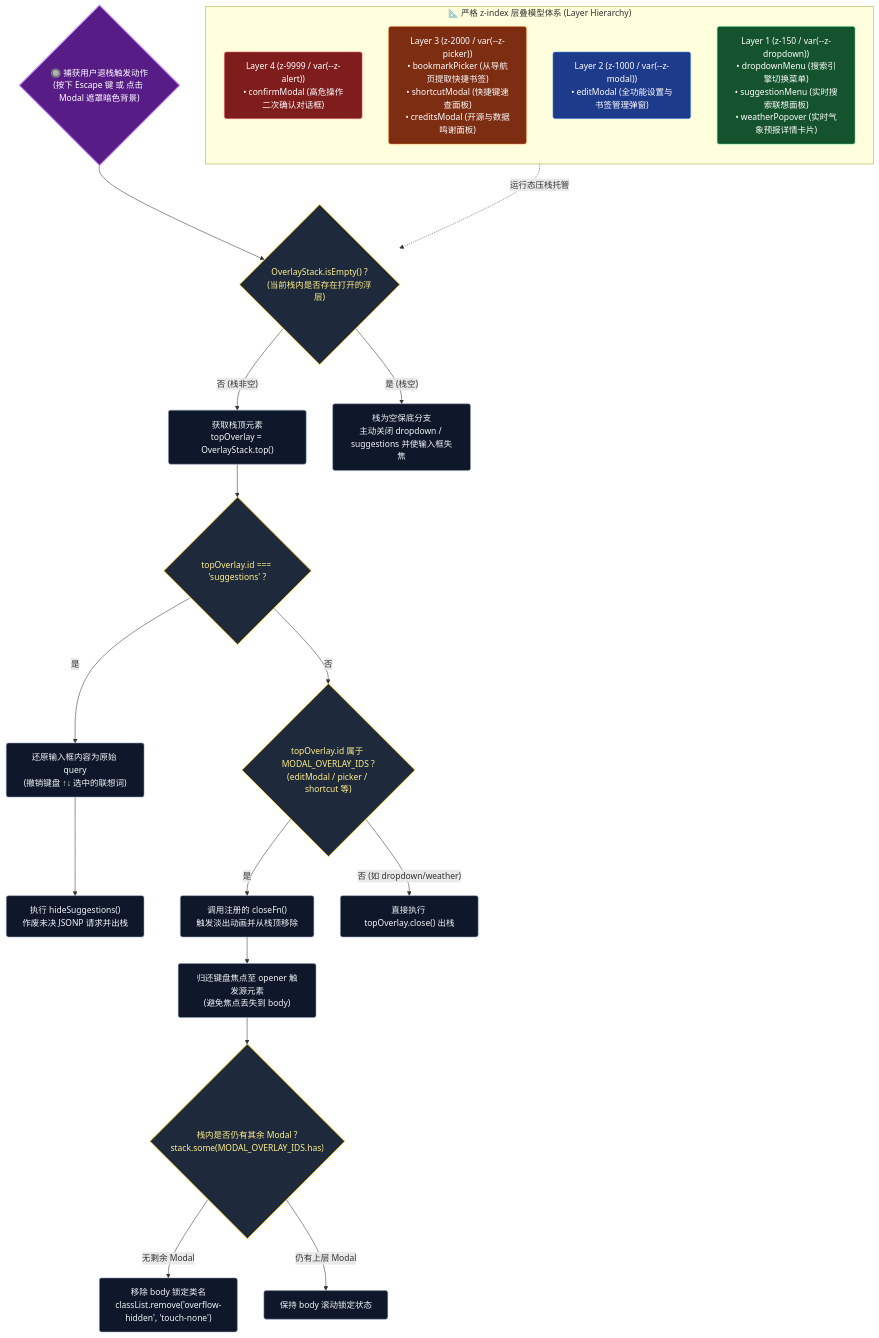
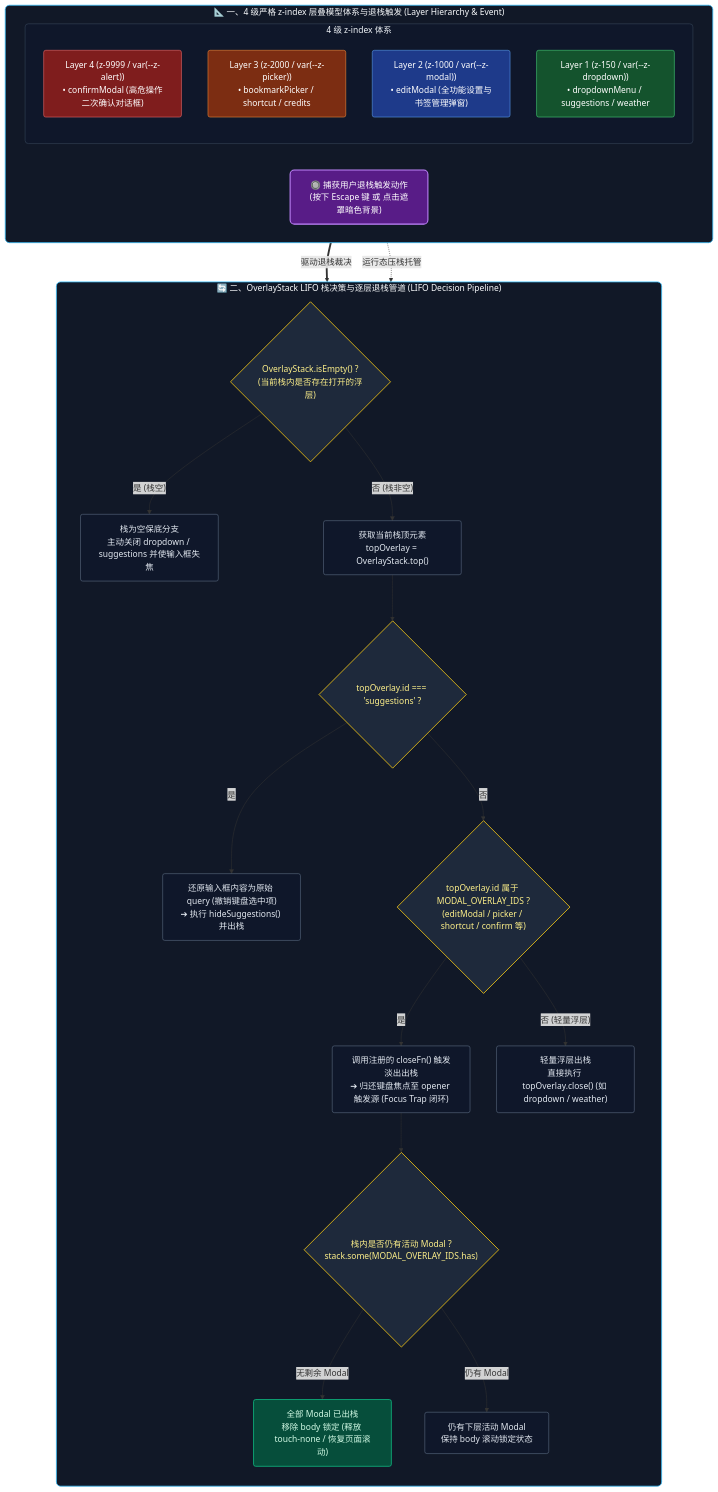
Before and after one commit to leosdcn/glass-start: the third of 5 diagrams in ARCHITECTURE.md, drawn with Mermaid. The commit also changed other lines of this file and 6 other files, not shown here.

First line of the commit message:
docs: optimize ARCHITECTURE diagrams & fix navigation 3D tilt gesture init

````diff
--- a/ARCHITECTURE.md
+++ b/ARCHITECTURE.md
@@ -217,59 +204,69 @@
 ```mermaid
 flowchart TD
-    %% ======================= LAYERS STACK =======================
-    subgraph Z_INDEX [" 📐 严格 z-index 层叠模型体系 (Layer Hierarchy) "]
-        direction TB
-        L4["Layer 4 (z-9999 / var(--z-alert))<br/>• confirmModal (高危操作二次确认对话框)"]:::l4
-        L3["Layer 3 (z-2000 / var(--z-picker))<br/>• bookmarkPicker (从导航页提取快捷书签)<br/>• shortcutModal (快捷键速查面板)<br/>• creditsModal (开源与数据鸣谢面板)"]:::l3
-        L2["Layer 2 (z-1000 / var(--z-modal))<br/>• editModal (全功能设置与书签管理弹窗)"]:::l2
-        L1["Layer 1 (z-150 / var(--z-dropdown))<br/>• dropdownMenu (搜索引擎切换菜单)<br/>• suggestionMenu (实时搜索联想面板)<br/>• weatherPopover (实时气象预报详情卡片)"]:::l1
+    %% ======================= STAGE 1: LAYER HIERARCHY & EVENT =======================
+    subgraph S1 [" 📐 一、4 级严格 z-index 层叠模型体系与退栈触发 (Layer Hierarchy & Event) "]
+        direction LR
+        subgraph Z_INDEX [" 4 级 z-index 体系 "]
+            direction TB
+            L4["Layer 4 (z-9999 / var(--z-alert))<br/>• confirmModal (高危操作二次确认对话框)"]:::l4
+            L3["Layer 3 (z-2000 / var(--z-picker))<br/>• bookmarkPicker / shortcut / credits"]:::l3
+            L2["Layer 2 (z-1000 / var(--z-modal))<br/>• editModal (全功能设置与书签管理弹窗)"]:::l2
+            L1["Layer 1 (z-150 / var(--z-dropdown))<br/>• dropdownMenu / suggestions / weather"]:::l1
+        end
+
+        EVT_ENTRY["🔘 捕获用户退栈触发动作<br/>(按下 Escape 键 或 点击遮罩暗色背景)"]:::eventNode
     end
 
-    %% ======================= EVENT ENTRY =======================
-    EVT_ENTRY{"🔘 捕获用户退栈触发动作<br/>(按下 Escape 键 或 点击 Modal 遮罩暗色背景)"}:::eventNode
+    %% ======================= STAGE 2: DECISION TREE =======================
+    subgraph S2 [" 🔄 二、OverlayStack LIFO 栈决策与逐层退栈管道 (LIFO Decision Pipeline) "]
+        direction TB
+        
+        STACK_CHECK{"OverlayStack.isEmpty() ?<br/>(当前栈内是否存在打开的浮层)"}:::decisionNode
+        NO_STACK["栈为空保底分支<br/>主动关闭 dropdown / suggestions 并使输入框失焦"]:::actionNode
 
-    %% ======================= STACK DECISION TREE =======================
-    STACK_CHECK{"OverlayStack.isEmpty() ?<br/>(当前栈内是否存在打开的浮层)"}:::decisionNode
-    GET_TOP["获取栈顶元素<br/>topOverlay = OverlayStack.top()"]:::actionNode
+        GET_TOP["获取当前栈顶元素<br/>topOverlay = OverlayStack.top()"]:::actionNode
 
-    IS_SUGGEST{"topOverlay.id === 'suggestions' ?"}:::decisionNode
-    RESTORE_QUERY["还原输入框内容为原始 query<br/>(撤销键盘 ↑↓ 选中的联想词)"]:::actionNode
-    EXEC_SUGGEST_CLOSE["执行 hideSuggestions()<br/>作废未决 JSONP 请求并出栈"]:::actionNode
+        IS_SUGGEST{"topOverlay.id === 'suggestions' ?"}:::decisionNode
+        BRANCH_SUGGEST["还原输入框内容为原始 query (撤销键盘选中项)<br/>➔ 执行 hideSuggestions() 并出栈"]:::actionNode
 
-    IS_MODAL{"topOverlay.id 属于 MODAL_OVERLAY_IDS ?<br/>(editModal / picker / shortcut 等)"}:::decisionNode
-    EXEC_MODAL_CLOSE["调用注册的 closeFn()<br/>触发淡出动画并从栈顶移除"]:::actionNode
-    RESTORE_FOCUS["归还键盘焦点至 opener 触发源元素<br/>(避免焦点丢失到 body)"]:::actionNode
+        IS_MODAL{"topOverlay.id 属于 MODAL_OVERLAY_IDS ?<br/>(editModal / picker / shortcut / confirm 等)"}:::decisionNode
+        BRANCH_MODAL["调用注册的 closeFn() 触发淡出出栈<br/>➔ 归还键盘焦点至 opener 触发源 (Focus Trap 闭环)"]:::actionNode
+        BRANCH_OTHER["轻量浮层出栈<br/>直接执行 topOverlay.close() (如 dropdown / weather)"]:::actionNode
 
-    CHECK_REMAINING{"栈内是否仍有其余 Modal ?<br/>stack.some(MODAL_OVERLAY_IDS.has)"}:::decisionNode
-    UNLOCK_BODY["移除 body 锁定类名<br/>classList.remove('overflow-hidden', 'touch-none')"]:::actionNode
-    KEEP_BODY["保持 body 滚动锁定状态"]:::actionNode
+        CHECK_REMAINING{"栈内是否仍有活动 Modal ?<br/>stack.some(MODAL_OVERLAY_IDS.has)"}:::decisionNode
+        UNLOCK_BODY["全部 Modal 已出栈<br/>移除 body 锁定 (释放 touch-none / 恢复页面滚动)"]:::successNode
+        KEEP_BODY["仍有下层活动 Modal<br/>保持 body 滚动锁定状态"]:::actionNode
 
-    NO_STACK["栈为空保底分支<br/>主动关闭 dropdown / suggestions 并使输入框失焦"]:::actionNode
+        STACK_CHECK -- "是 (栈空)" --> NO_STACK
+        STACK_CHECK -- "否 (栈非空)" --> GET_TOP --> IS_SUGGEST
 
-    %% ======================= FLOW WIRES =======================
+        IS_SUGGEST -- "是" --> BRANCH_SUGGEST
+        IS_SUGGEST -- "否" --> IS_MODAL
+
+        IS_MODAL -- "是" --> BRANCH_MODAL --> CHECK_REMAINING
+        IS_MODAL -- "否 (轻量浮层)" --> BRANCH_OTHER
+
+        CHECK_REMAINING -- "无剩余 Modal" --> UNLOCK_BODY
+        CHECK_REMAINING -- "仍有 Modal" --> KEEP_BODY
+    end
+
+    %% 阶段级联管道
     Z_INDEX -.->|"运行态压栈托管"| STACK_CHECK
-    EVT_ENTRY --> STACK_CHECK
-
-    STACK_CHECK -- "否 (栈非空)" --> GET_TOP
-    STACK_CHECK -- "是 (栈空)" --> NO_STACK
-
-    GET_TOP --> IS_SUGGEST
-    IS_SUGGEST -- "是" --> RESTORE_QUERY --> EXEC_SUGGEST_CLOSE
-    IS_SUGGEST -- "否" --> IS_MODAL
-
-    IS_MODAL -- "是" --> EXEC_MODAL_CLOSE --> RESTORE_FOCUS --> CHECK_REMAINING
-    IS_MODAL -- "否 (如 dropdown/weather)" --> EXEC_OTHER["直接执行 topOverlay.close() 出栈"]:::actionNode
-
-    CHECK_REMAINING -- "无剩余 Modal" --> UNLOCK_BODY
-    CHECK_REMAINING -- "仍有上层 Modal" --> KEEP_BODY
+    EVT_ENTRY ==>|"驱动退栈裁决"| STACK_CHECK
 
     %% ======================= STYLES =======================
+    classDef stageBox fill:#111827,stroke:#38bdf8,stroke-width:1.5px,color:#f8fafc,rx:8px
+    classDef subBox fill:#0f172a,stroke:#334155,stroke-width:1.2px,color:#f1f5f9,rx:6px
+    classDef eventNode fill:#581c87,stroke:#c084fc,stroke-width:2px,color:#ffffff,rx:8px
+    classDef decisionNode fill:#1e293b,stroke:#facc15,stroke-width:1.5px,color:#fef08a,rx:6px
+    classDef actionNode fill:#0f172a,stroke:#64748b,stroke-width:1px,color:#e2e8f0,rx:4px
+    classDef successNode fill:#064e3b,stroke:#10b981,stroke-width:1.5px,color:#d1fae5,rx:4px
+
     classDef l4 fill:#7f1d1d,stroke:#f87171,stroke-width:1px,color:#ffffff,rx:4px
     classDef l3 fill:#7c2d12,stroke:#fb923c,stroke-width:1px,color:#ffffff,rx:4px
     classDef l2 fill:#1e3a8a,stroke:#60a5fa,stroke-width:1px,color:#ffffff,rx:4px
     classDef l1 fill:#14532d,stroke:#4ade80,stroke-width:1px,color:#ffffff,rx:4px
 
-    classDef eventNode fill:#581c87,stroke:#c084fc,stroke-width:2px,color:#ffffff,rx:8px
-    classDef decisionNode fill:#1e293b,stroke:#facc15,stroke-width:1.5px,color:#fef08a,rx:6px
-    classDef actionNode fill:#0f172a,stroke:#94a3b8,stroke-width:1px,color:#f1f5f9,rx:4px
+    class S1,S2 stageBox
+    class Z_INDEX subBox
 ```
````
